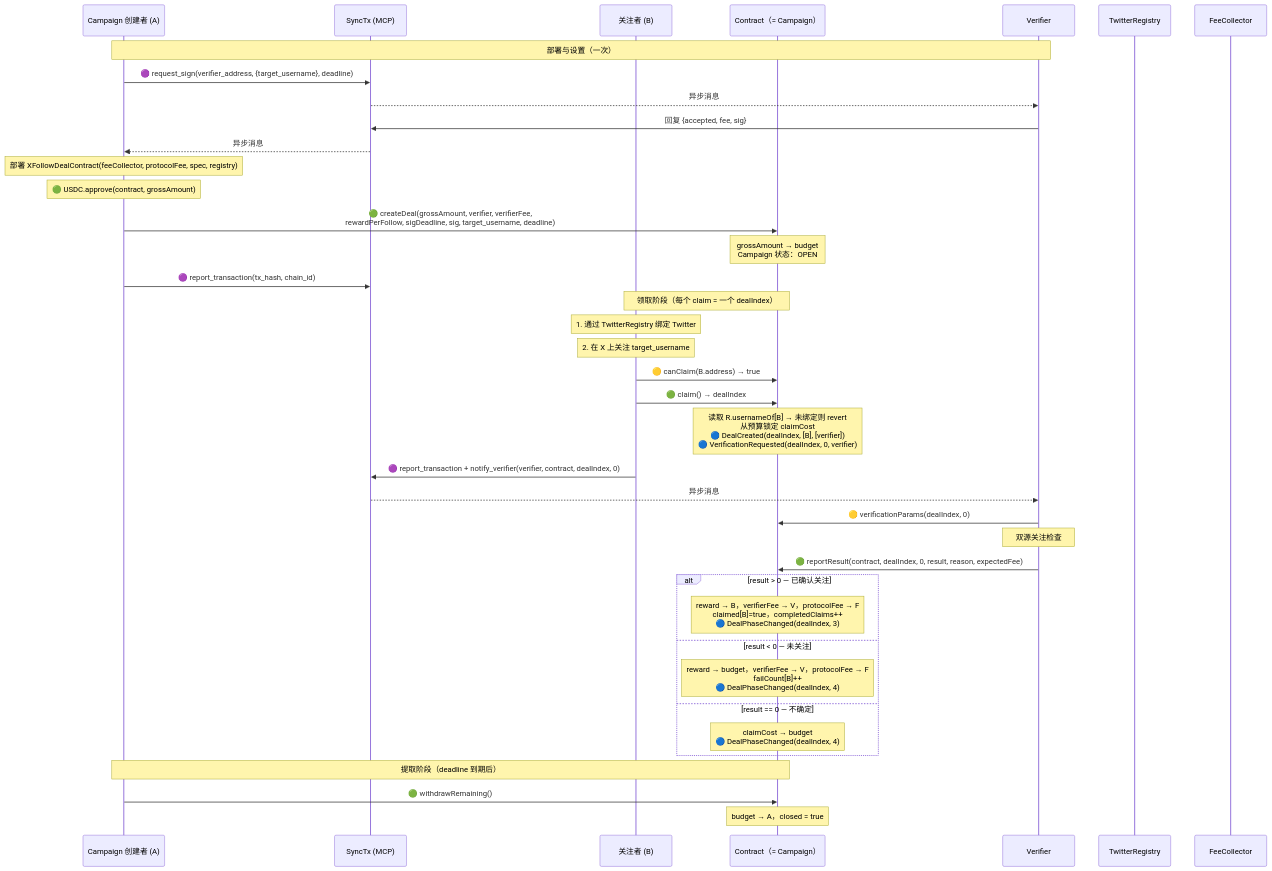
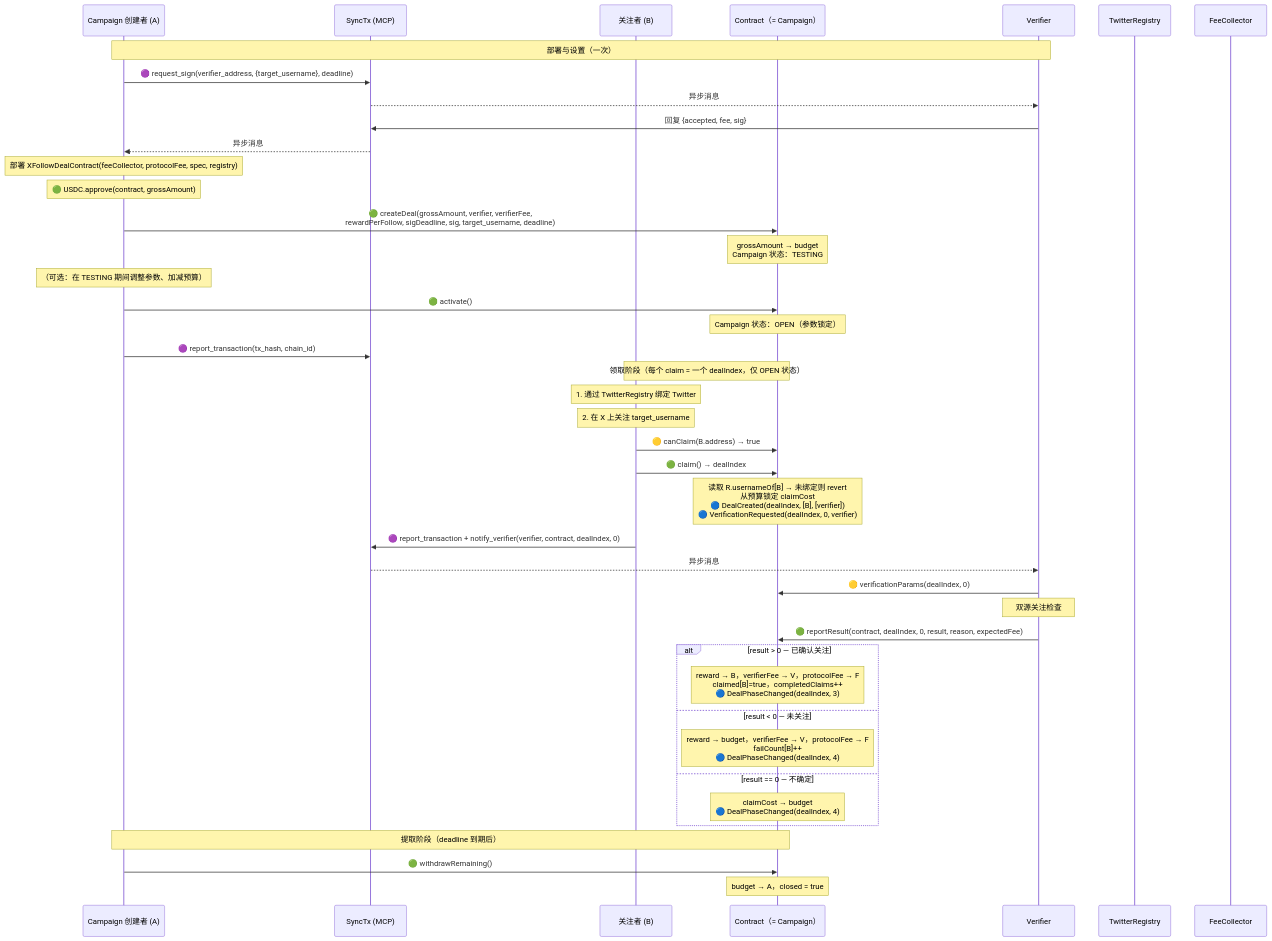
The first of 5 diagrams in examples/x-follow/x-follow-design-zh.md (synctxai/synctx), drawn with Mermaid before and after one commit. The commit also changed other lines of this file and 1 other file, not shown here.

First line of the commit message:
docs(x-follow): add TESTING lifecycle, remove PAUSED/EXHAUSTED/EXPIRED states

````diff
--- a/examples/x-follow/x-follow-design-zh.md
+++ b/examples/x-follow/x-follow-design-zh.md
@@ -173,51 +179,56 @@
 ```mermaid
 sequenceDiagram
     participant A as Campaign 创建者 (A)
     participant P as SyncTx (MCP)
     participant B as 关注者 (B)
     participant C as Contract（= Campaign）
     participant V as Verifier
     participant R as TwitterRegistry
     participant F as FeeCollector
 
     Note over A,V: 部署与设置（一次）
 
     A->>P: 🟣 request_sign(verifier_address, {target_username}, deadline)
     P-->>V: 异步消息
     V->>P: 回复 {accepted, fee, sig}
     P-->>A: 异步消息
 
     Note over A: 部署 XFollowDealContract(feeCollector, protocolFee, spec, registry)
     Note over A: 🟢 USDC.approve(contract, grossAmount)
     A->>C: 🟢 createDeal(grossAmount, verifier, verifierFee,<br/>rewardPerFollow, sigDeadline, sig, target_username, deadline)
-    Note over C: grossAmount → budget<br/>Campaign 状态：OPEN
+    Note over C: grossAmount → budget<br/>Campaign 状态：TESTING
+
+    Note over A: （可选：在 TESTING 期间调整参数、加减预算）
+
+    A->>C: 🟢 activate()
+    Note over C: Campaign 状态：OPEN（参数锁定）
     A->>P: 🟣 report_transaction(tx_hash, chain_id)
 
-    Note over B,C: 领取阶段（每个 claim = 一个 dealIndex）
+    Note over B,C: 领取阶段（每个 claim = 一个 dealIndex，仅 OPEN 状态）
 
     Note over B: 1. 通过 TwitterRegistry 绑定 Twitter
     Note over B: 2. 在 X 上关注 target_username
     B->>C: 🟡 canClaim(B.address) → true
     B->>C: 🟢 claim() → dealIndex
     Note over C: 读取 R.usernameOf[B] → 未绑定则 revert<br/>从预算锁定 claimCost<br/>🔵 DealCreated(dealIndex, [B], [verifier])<br/>🔵 VerificationRequested(dealIndex, 0, verifier)
     B->>P: 🟣 report_transaction + notify_verifier(verifier, contract, dealIndex, 0)
     P-->>V: 异步消息
 
     V->>C: 🟡 verificationParams(dealIndex, 0)
     Note over V: 双源关注检查
 
     V->>C: 🟢 reportResult(contract, dealIndex, 0, result, reason, expectedFee)
 
     alt result > 0 — 已确认关注
         Note over C: reward → B，verifierFee → V，protocolFee → F<br/>claimed[B]=true，completedClaims++<br/>🔵 DealPhaseChanged(dealIndex, 3)
     else result < 0 — 未关注
         Note over C: reward → budget，verifierFee → V，protocolFee → F<br/>failCount[B]++<br/>🔵 DealPhaseChanged(dealIndex, 4)
     else result == 0 — 不确定
         Note over C: claimCost → budget<br/>🔵 DealPhaseChanged(dealIndex, 4)
     end
 
     Note over A,C: 提取阶段（deadline 到期后）
 
     A->>C: 🟢 withdrawRemaining()
     Note over C: budget → A，closed = true
 ```
````
